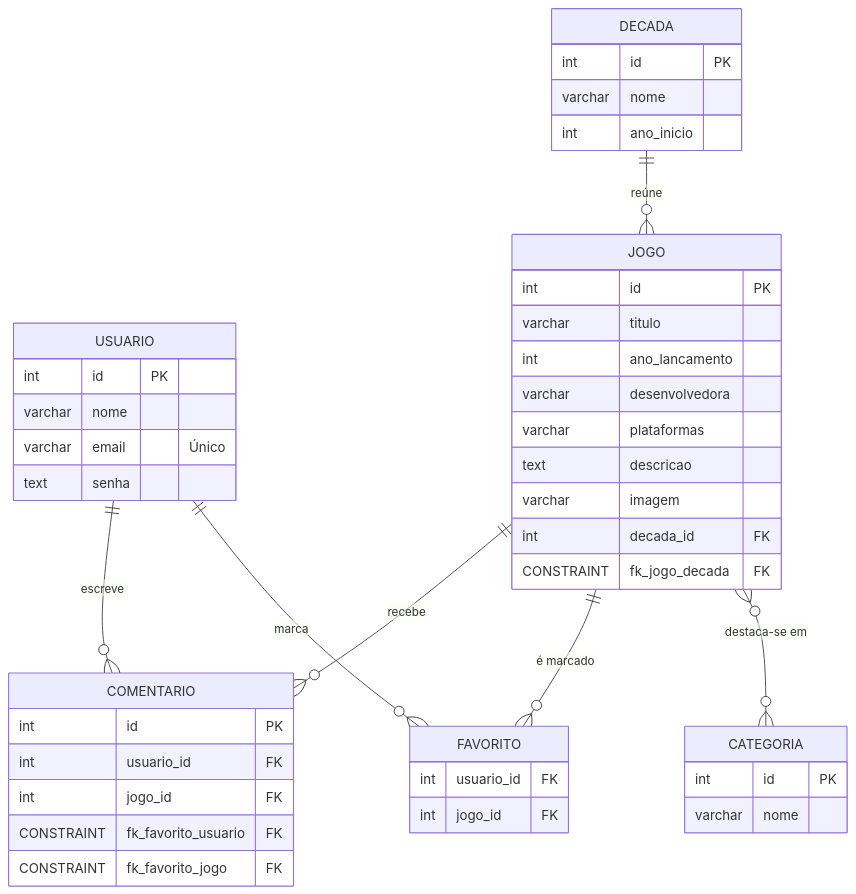
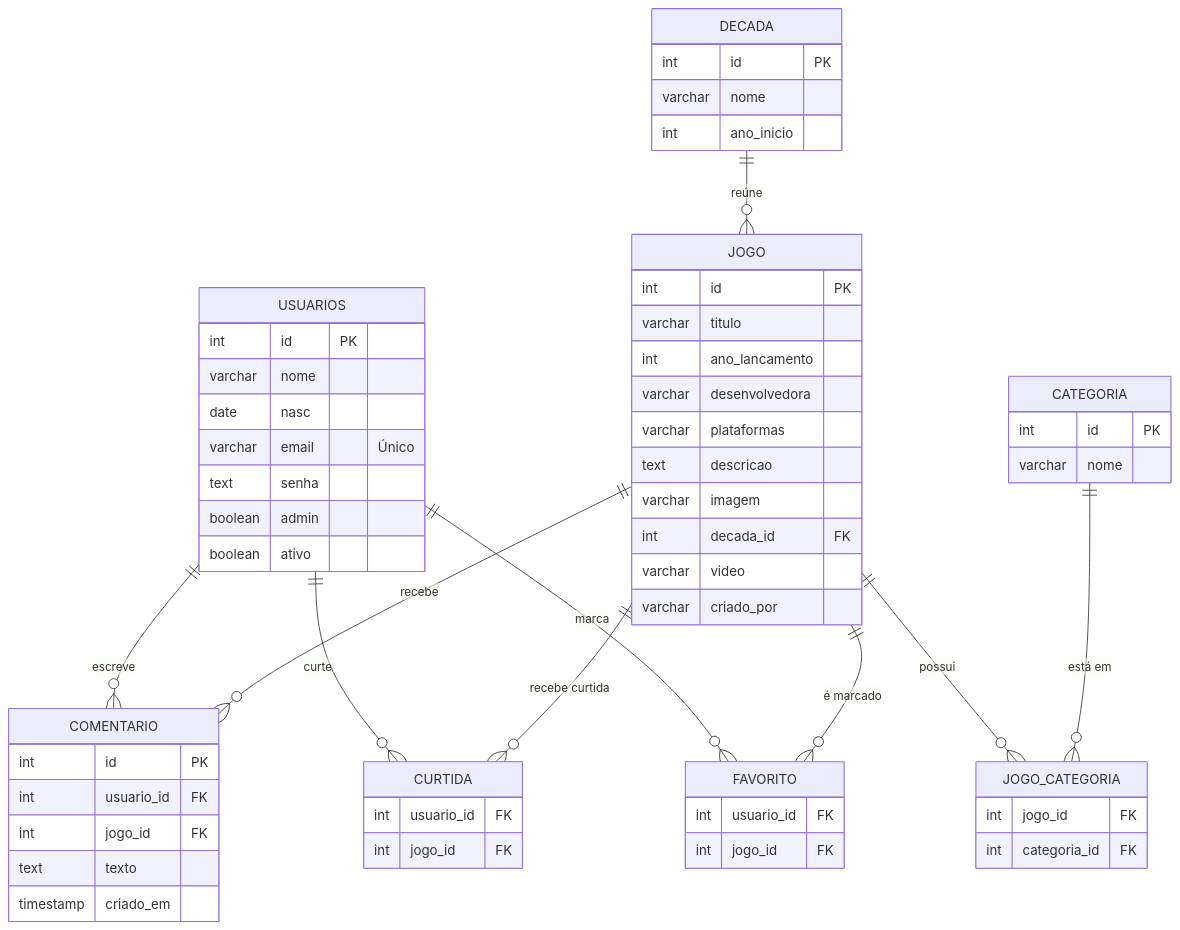
One commit to Livia-MP-Null/game_erah changed the diagram in README.md. Above: the diagram before and after it, drawn with Mermaid. The commit also changed other lines of this file, not shown here.

Commit message:
Update README with system features and database schema

````diff
--- a/README.md
+++ b/README.md
@@ -335,47 +351,62 @@
 ```mermaid
 erDiagram
-    USUARIO {
+    USUARIOS {
         int id PK
         varchar nome
+        date nasc
         varchar email "Único"
         text senha
+        boolean admin
+        boolean ativo
     }
     DECADA {
         int id PK
         varchar nome
         int ano_inicio
     }
     CATEGORIA {
         int id PK
         varchar nome
     }
     JOGO {
         int id PK
         varchar titulo
         int ano_lancamento
         varchar desenvolvedora
         varchar plataformas
         text descricao
         varchar imagem
         int decada_id FK
-        CONSTRAINT fk_jogo_decada FK
+        varchar video
+        varchar criado_por
+    }
+    JOGO_CATEGORIA {
+        int jogo_id FK
+        int categoria_id FK
     }
     FAVORITO {
         int usuario_id FK
         int jogo_id FK
     }
-    COMENTARIO {
-         int id PK
+    CURTIDA {
         int usuario_id FK
         int jogo_id FK
-        CONSTRAINT fk_favorito_usuario FK
-        CONSTRAINT fk_favorito_jogo FK
+    }
+    COMENTARIO {
+        int id PK
+        int usuario_id FK
+        int jogo_id FK
+        text texto
+        timestamp criado_em
     }
 
-    DECADA    ||--o{ JOGO       : "reúne"
-    JOGO      }o--o{ CATEGORIA  : "destaca-se em"
-    USUARIO   ||--o{ FAVORITO   : "marca"
-    JOGO      ||--o{ FAVORITO   : "é marcado"
-    USUARIO   ||--o{ COMENTARIO : "escreve"
-    JOGO      ||--o{ COMENTARIO : "recebe"
+    DECADA          ||--o{ JOGO           : "reúne"
+    JOGO            ||--o{ JOGO_CATEGORIA : "possui"
+    CATEGORIA       ||--o{ JOGO_CATEGORIA : "está em"
+    USUARIOS        ||--o{ FAVORITO       : "marca"
+    JOGO            ||--o{ FAVORITO       : "é marcado"
+    USUARIOS        ||--o{ CURTIDA        : "curte"
+    JOGO            ||--o{ CURTIDA        : "recebe curtida"
+    USUARIOS        ||--o{ COMENTARIO     : "escreve"
+    JOGO            ||--o{ COMENTARIO     : "recebe"
 ```
````
